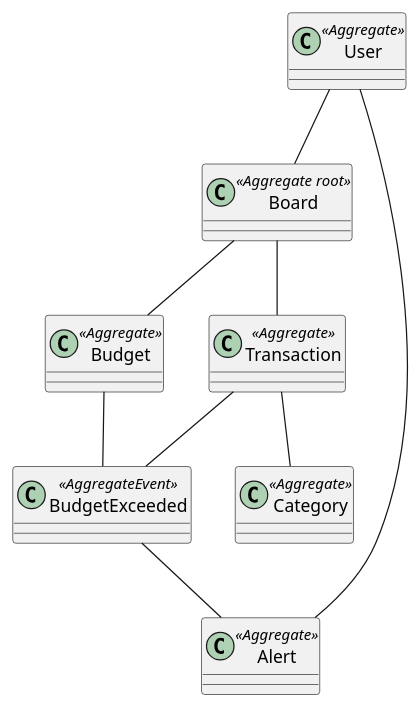
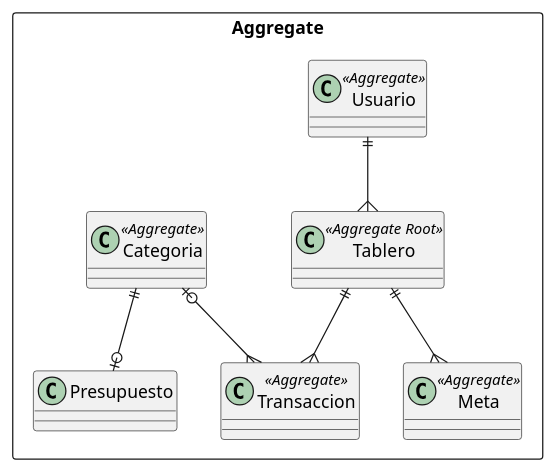
The second of 2 diagrams in docs/domain.adoc (carpepal/MIBudget-back), drawn with PlantUML before and after one commit. The commit also changed other lines of this file and 2 other files, not shown here.

```diff
--- a/docs/domain.adoc
+++ b/docs/domain.adoc
@@ -34,20 +23,18 @@
 [plantuml]
 ....
-class User <<Aggregate>> 
-class Board <<Aggregate root>>
-class Transaction <<Aggregate>>
-class Budget <<Aggregate>>
-class BudgetExceeded <<AggregateEvent>>
-class Category <<Aggregate>>
-class Alert <<Aggregate>>
-class User <<Aggregate>>
+rectangle Aggregate {
+    class Usuario<<Aggregate>>
+    class Tablero<<Aggregate Root>> 
+    class Categoria<<Aggregate>>
+    class Presupuesto
+    class Transaccion<<Aggregate>>
+    class Meta<<Aggregate>>
 
-User -- Board
-Board -- Transaction
-Board -- Budget
-Transaction -- Category
-Transaction -- BudgetExceeded
-Budget -- BudgetExceeded
-BudgetExceeded -- Alert
-Alert -- User
+
+    Usuario ||--{ Tablero
+    Tablero ||--{ Meta 
+    Tablero ||--{ Transaccion 
+    Categoria |o--{ Transaccion
+    Categoria ||--o| Presupuesto
+    }
 ....
```
